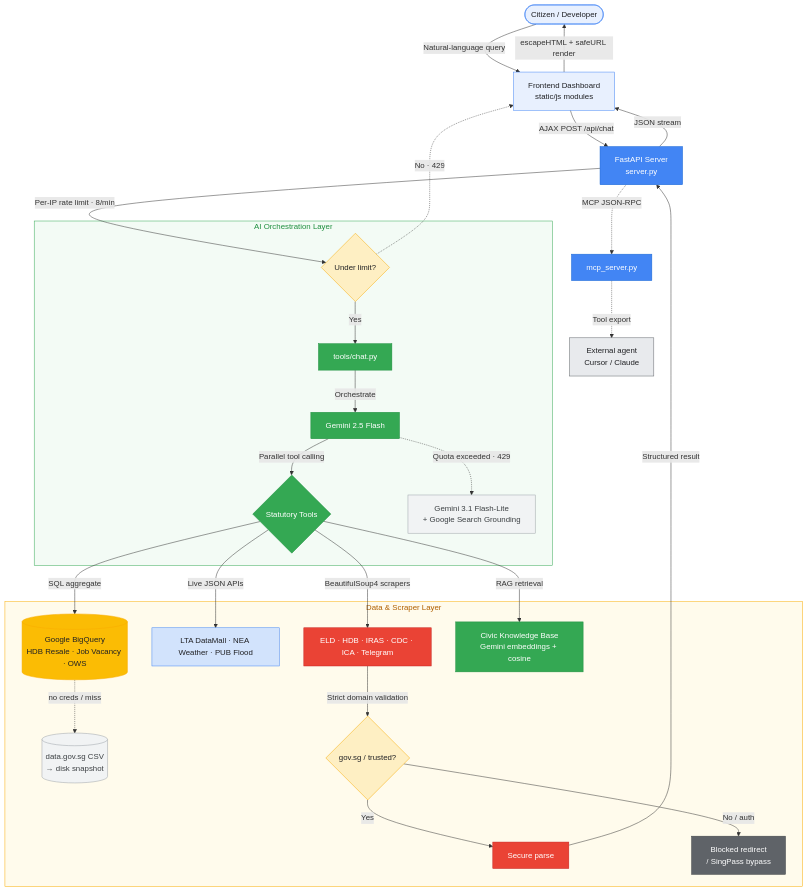
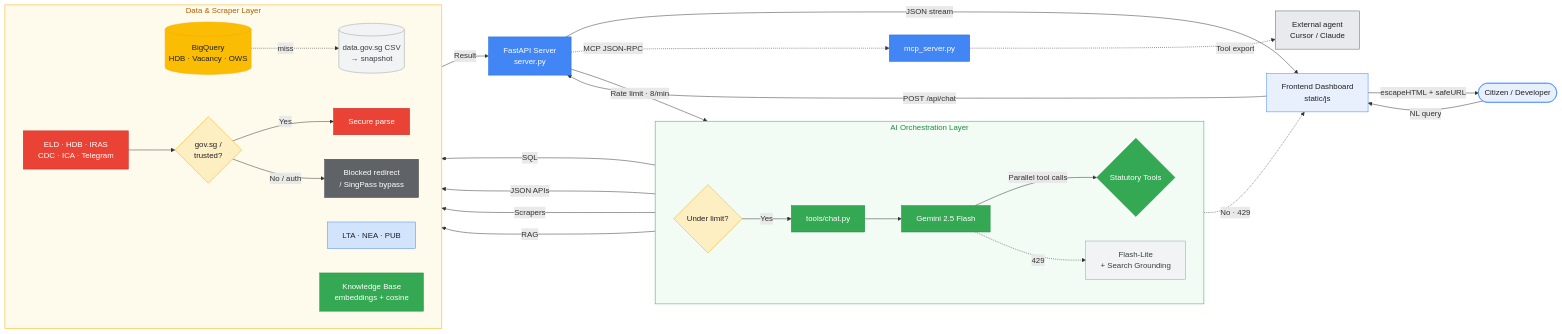
Before and after one commit to leshweyeewin/merlion-os: the diagram in README.md, drawn with Mermaid. The commit also changed 2 other files, not shown here.

Commit message:
docs: add MerlionOS architecture documentation and project blog post

````diff
--- a/README.md
+++ b/README.md
@@ -32,45 +32,47 @@
 ```mermaid
-graph TD
-    User([Citizen / Developer]):::client -->|Natural-language query| UI[Frontend Dashboard<br/>static/js modules]:::client
-    UI -->|AJAX POST /api/chat| Server[FastAPI Server<br/>server.py]:::server
-    Server -->|Per-IP rate limit · 8/min| RateLimit{Under limit?}:::gate
+graph LR
+    User([Citizen / Developer]):::client -->|NL query| UI[Frontend Dashboard<br/>static/js]:::client
+    UI -->|POST /api/chat| Server[FastAPI Server<br/>server.py]:::server
+    Server -->|Rate limit · 8/min| RateLimit{Under limit?}:::gate
     RateLimit -.->|No · 429| UI
 
     subgraph AI["AI Orchestration Layer"]
+        direction LR
         RateLimit -->|Yes| Chat[tools/chat.py]:::ai
-        Chat -->|Orchestrate| Gemini[Gemini 2.5 Flash]:::ai
-        Gemini -->|Parallel tool calling| Tools{Statutory Tools}:::ai
-        Gemini -.->|Quota exceeded · 429| Fallback[Gemini 3.1 Flash-Lite<br/>+ Google Search Grounding]:::fallback
+        Chat --> Gemini[Gemini 2.5 Flash]:::ai
+        Gemini -->|Parallel tool calls| Tools{Statutory Tools}:::ai
+        Gemini -.->|429| Fallback[Flash-Lite<br/>+ Search Grounding]:::fallback
     end
 
     subgraph DATA["Data &amp; Scraper Layer"]
-        Tools -->|SQL aggregate| BQ[(Google BigQuery<br/>HDB Resale · Job Vacancy · OWS)]:::data
-        BQ -.->|no creds / miss| GOV[(data.gov.sg CSV<br/>→ disk snapshot)]:::fallback
-        Tools -->|Live JSON APIs| APIS[LTA DataMall · NEA Weather · PUB Flood]:::api
-        Tools -->|BeautifulSoup4 scrapers| Scrapers[ELD · HDB · IRAS · CDC · ICA · Telegram]:::scraper
-        Tools -->|RAG retrieval| KB[Civic Knowledge Base<br/>Gemini embeddings + cosine]:::ai
-        Scrapers -->|Strict domain validation| Validate{gov.sg / trusted?}:::gate
+        direction LR
+        Tools -->|SQL| BQ[(BigQuery<br/>HDB · Vacancy · OWS)]:::data
+        BQ -.->|miss| GOV[(data.gov.sg CSV<br/>→ snapshot)]:::fallback
+        Tools -->|JSON APIs| APIS[LTA · NEA · PUB]:::api
+        Tools -->|Scrapers| Scrapers[ELD · HDB · IRAS<br/>CDC · ICA · Telegram]:::scraper
+        Tools -->|RAG| KB[Knowledge Base<br/>embeddings + cosine]:::ai
+        Scrapers --> Validate{gov.sg /<br/>trusted?}:::gate
         Validate -->|Yes| Fetch[Secure parse]:::scraper
         Validate -->|No / auth| Block[Blocked redirect<br/>/ SingPass bypass]:::security
     end
 
-    Fetch -->|Structured result| Server
+    Fetch -->|Result| Server
     Server -->|JSON stream| UI
-    UI -->|escapeHTML + safeURL render| User
+    UI -->|escapeHTML + safeURL| User
     Server -.->|MCP JSON-RPC| FastMCP[mcp_server.py]:::server
     FastMCP -.->|Tool export| Cursor[External agent<br/>Cursor / Claude]:::external
 
     classDef client fill:#E8F0FE,stroke:#4285F4,stroke-width:1px,color:#202124;
     classDef server fill:#4285F4,stroke:#1967D2,stroke-width:1px,color:#ffffff;
     classDef ai fill:#34A853,stroke:#1E8E3E,stroke-width:1px,color:#ffffff;
     classDef data fill:#FBBC04,stroke:#F9AB00,stroke-width:1px,color:#202124;
     classDef api fill:#D2E3FC,stroke:#4285F4,stroke-width:1px,color:#202124;
     classDef scraper fill:#EA4335,stroke:#C5221F,stroke-width:1px,color:#ffffff;
     classDef security fill:#5F6368,stroke:#3C4043,stroke-width:1px,color:#ffffff;
     classDef gate fill:#FEEFC3,stroke:#F9AB00,stroke-width:1px,color:#202124;
     classDef fallback fill:#F1F3F4,stroke:#9AA0A6,stroke-width:1px,color:#3C4043;
     classDef external fill:#E8EAED,stroke:#5F6368,stroke-width:1px,color:#202124;
 
     style AI fill:#F3FBF5,stroke:#34A853,stroke-width:1px,color:#1E8E3E;
     style DATA fill:#FFFBEC,stroke:#F9AB00,stroke-width:1px,color:#B06000;
 ```
````
